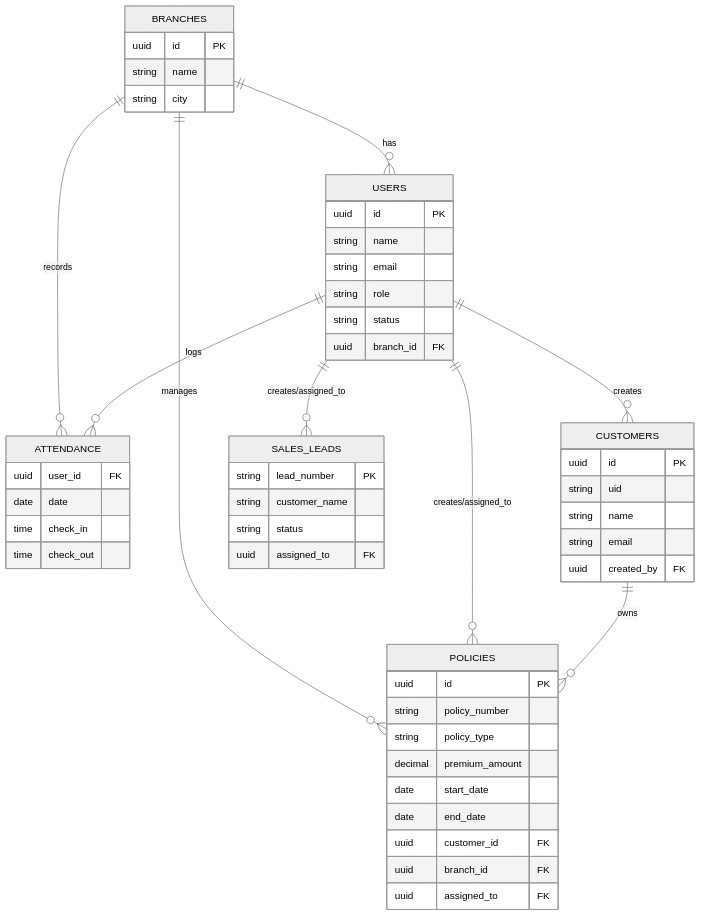
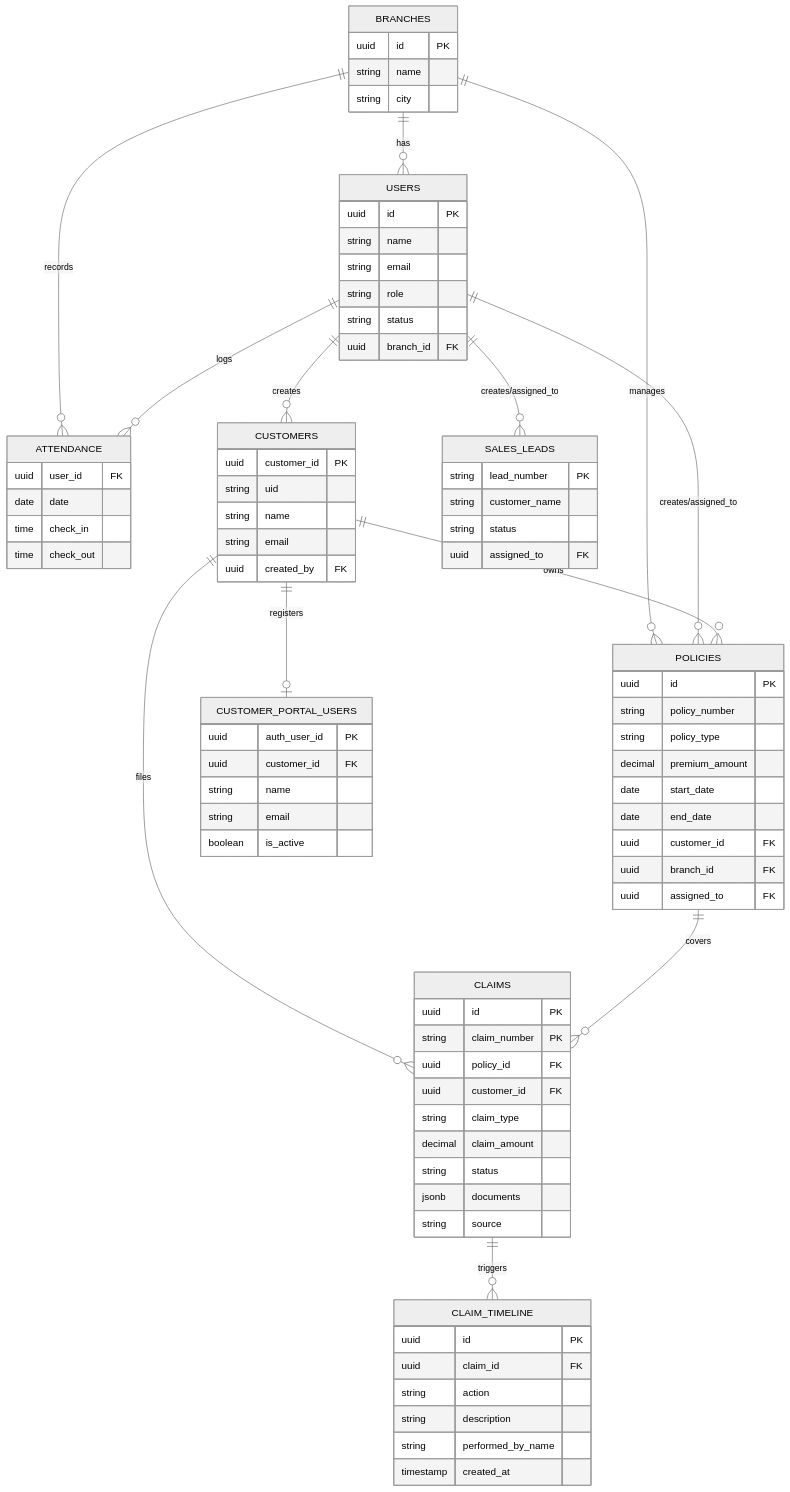
One commit to Code-Game-Ninja/BAPF_final changed the first of 3 diagrams in docs/BAPF_Detailed_Seminar_Report.md. Above: the diagram before and after it, drawn with Mermaid (neutral theme). The commit also changed other lines of this file and 2 other files, not shown here.

````diff
--- a/docs/BAPF_Detailed_Seminar_Report.md
+++ b/docs/BAPF_Detailed_Seminar_Report.md
@@ -67,6 +88,10 @@
     USERS ||--o{ SALES_LEADS : "creates/assigned_to"
     USERS ||--o{ ATTENDANCE : "logs"
     CUSTOMERS ||--o{ POLICIES : "owns"
+    CUSTOMERS ||--o| CUSTOMER_PORTAL_USERS : "registers"
+    CUSTOMERS ||--o{ CLAIMS : "files"
+    POLICIES ||--o{ CLAIMS : "covers"
+    CLAIMS ||--o{ CLAIM_TIMELINE : "triggers"
 
     USERS {
         uuid id PK
@@ -82,7 +107,7 @@
         string city
     }
     CUSTOMERS {
-        uuid id PK
+        uuid customer_id PK
         string uid
         string name
         string email
@@ -111,4 +136,30 @@
         time check_in
         time check_out
     }
+    CUSTOMER_PORTAL_USERS {
+        uuid auth_user_id PK
+        uuid customer_id FK
+        string name
+        string email
+        boolean is_active
+    }
+    CLAIMS {
+        uuid id PK
+        string claim_number PK
+        uuid policy_id FK
+        uuid customer_id FK
+        string claim_type
+        decimal claim_amount
+        string status
+        jsonb documents
+        string source
+    }
+    CLAIM_TIMELINE {
+        uuid id PK
+        uuid claim_id FK
+        string action
+        string description
+        string performed_by_name
+        timestamp created_at
+    }
 ```
````
